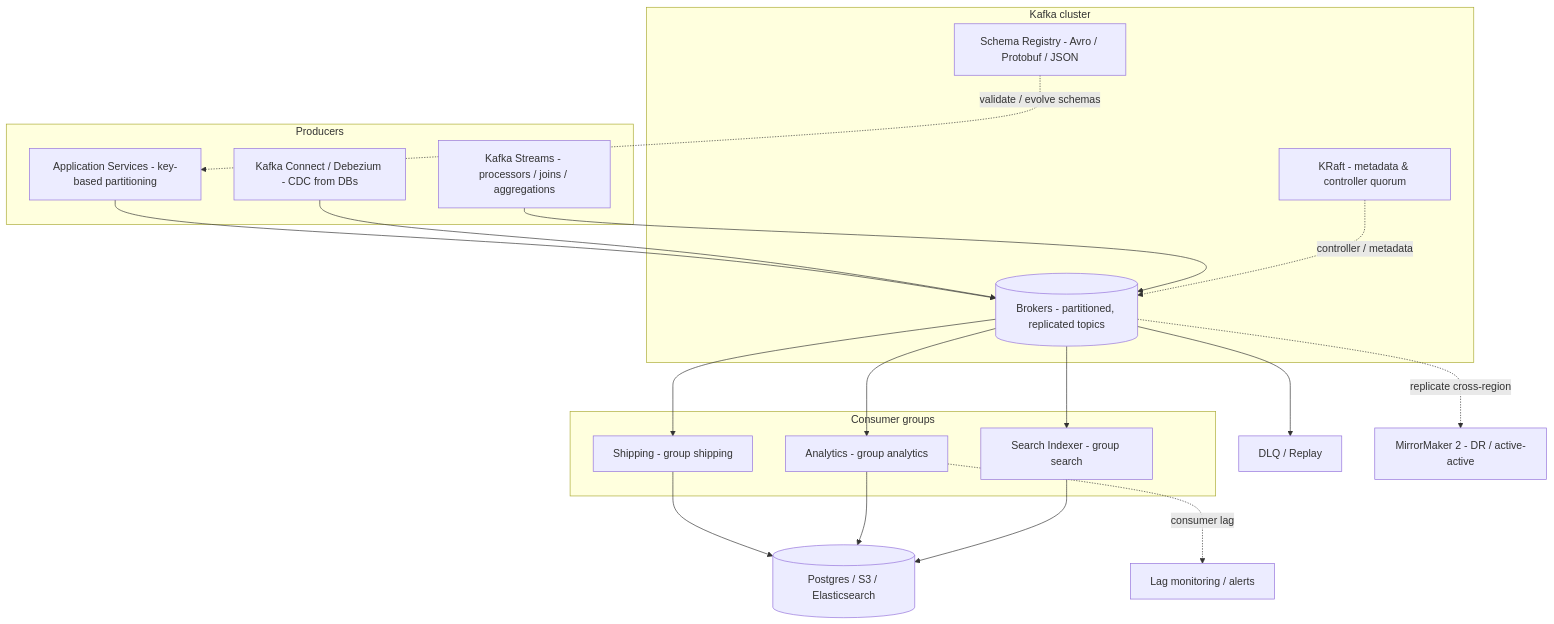
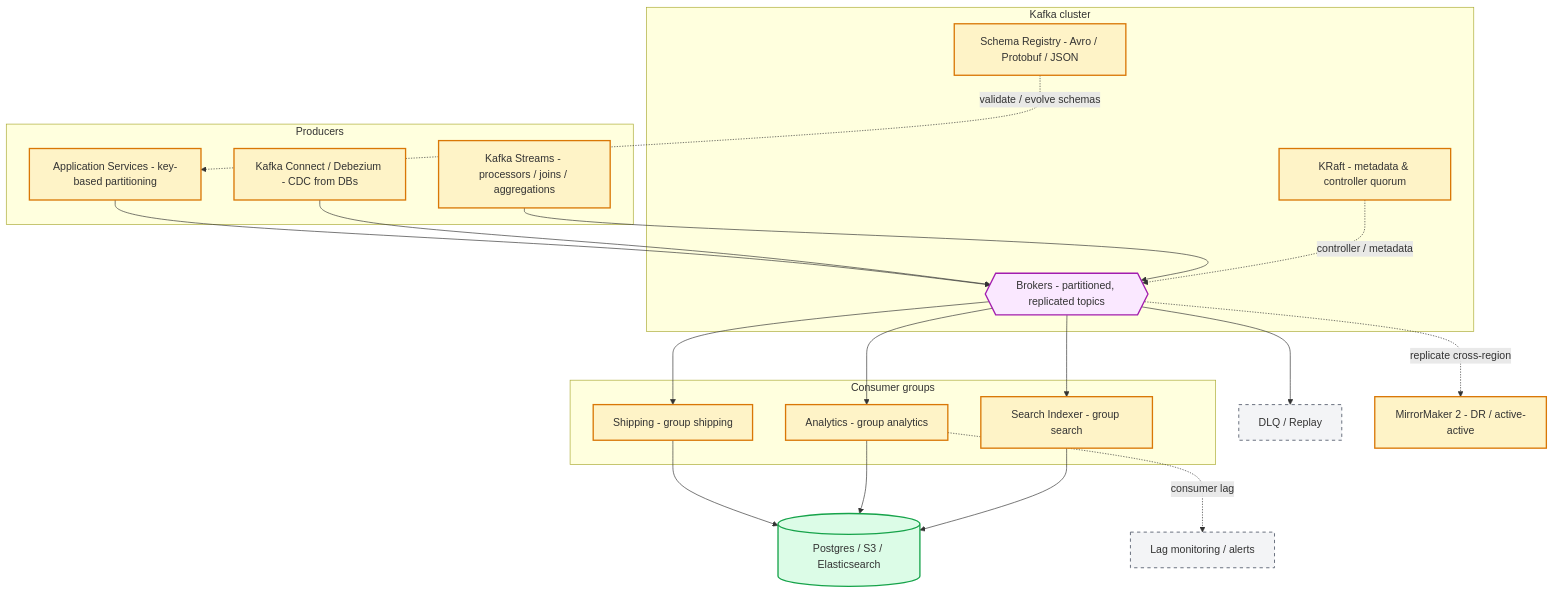
One commit to aishwary11/system-design changed the diagram in kafka-features.md. Above: the diagram before and after it, drawn with Mermaid. The commit also changed 36 other files, not shown here.

First line of the commit message:
Standardize all diagrams on C4-style Mermaid template

````diff
--- a/kafka-features.md
+++ b/kafka-features.md
@@ -9,32 +9,42 @@
 ```mermaid
 flowchart TB
     subgraph Producers
         apps["Application Services - key-based partitioning"]
         cdc["Kafka Connect / Debezium - CDC from DBs"]
         streams["Kafka Streams - processors / joins / aggregations"]
     end
     subgraph Kafka cluster
-        brokers[("Brokers - partitioned, replicated topics")]
+        brokers{{"Brokers - partitioned, replicated topics"}}
         kr["KRaft - metadata & controller quorum"]
         sr["Schema Registry - Avro / Protobuf / JSON"]
     end
     subgraph Consumer groups
         g1["Shipping - group shipping"]
         g2["Analytics - group analytics"]
         g3["Search Indexer - group search"]
     end
     apps --> brokers
     cdc --> brokers
     streams --> brokers
     brokers --> g1
     brokers --> g2
     brokers --> g3
     g1 --> sinks[("Postgres / S3 / Elasticsearch")]
     g2 --> sinks
     g3 --> sinks
     brokers --> dlq["DLQ / Replay"]
     brokers -. "replicate cross-region" .-> mm["MirrorMaker 2 - DR / active-active"]
     sr -. "validate / evolve schemas" .-> apps
     kr -. "controller / metadata" .-> brokers
     g2 -. "consumer lag" .-> lag["Lag monitoring / alerts"]
+
+    classDef actor fill:#dbeafe,stroke:#2563eb,stroke-width:2px
+    classDef service fill:#fef3c7,stroke:#d97706,stroke-width:2px
+    classDef store fill:#dcfce7,stroke:#16a34a,stroke-width:2px
+    classDef broker fill:#fae8ff,stroke:#a21caf,stroke-width:2px
+    classDef control fill:#f3f4f6,stroke:#6b7280,stroke-width:1.5px,stroke-dasharray:5 5
+    class apps,cdc,streams,g1,g2,g3,mm,sr,kr service
+    class sinks store
+    class brokers broker
+    class dlq,lag control
 ```
````
